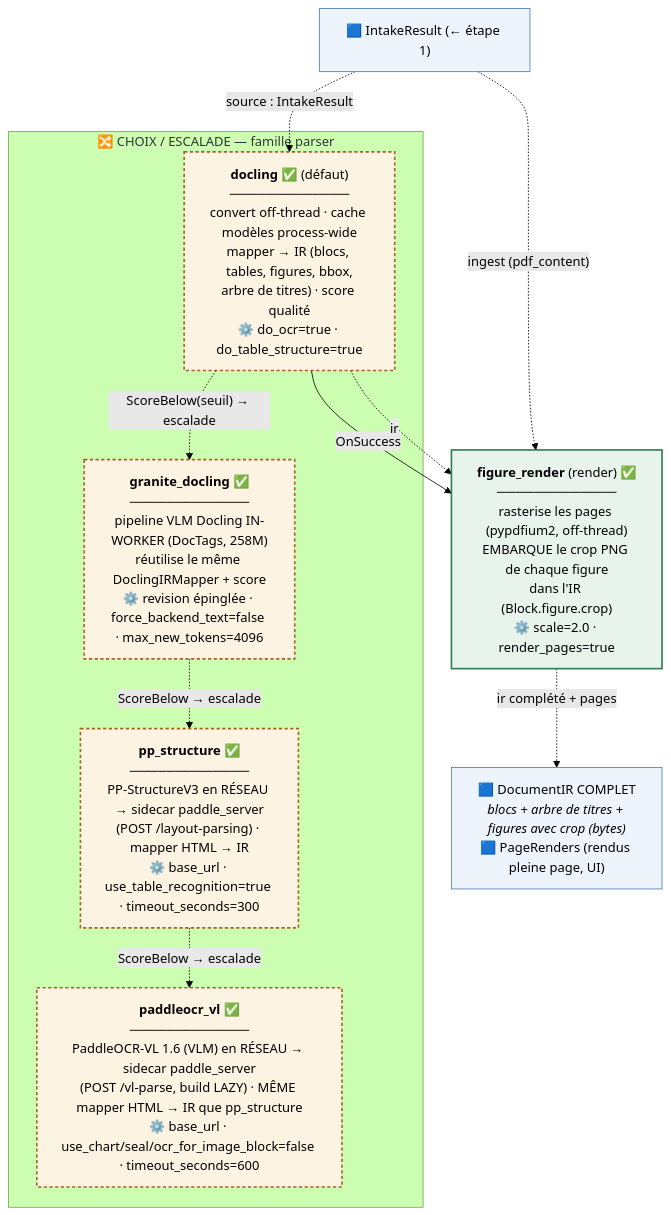
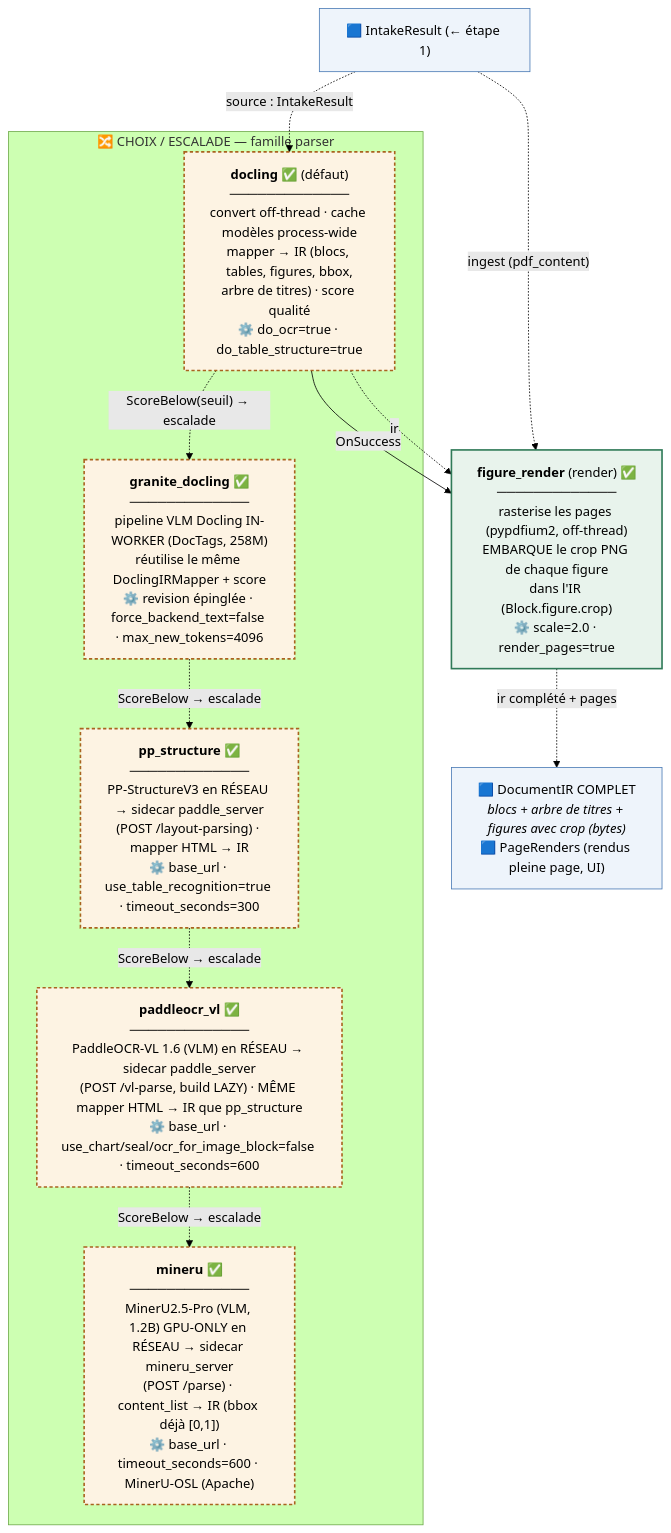
The third of 4 diagrams in src/docforge/PIPELINE.md (Florian-BARRE/DocForge), drawn with Mermaid (forest theme) before and after one commit. The commit also changed other lines of this file and 41 other files, not shown here.

First line of the commit message:
feat(parser): add MinerU2.5-Pro brick (GPU-only VLM sidecar, off-by-default)

````diff
--- a/src/docforge/PIPELINE.md
+++ b/src/docforge/PIPELINE.md
@@ -154,28 +154,30 @@
 ```mermaid
 flowchart TB
     classDef artefact fill:#eef4fb,stroke:#4a7ab5,stroke-width:1px
     classDef node fill:#e8f3ec,stroke:#2f7a58,stroke-width:2px
     classDef choice fill:#fdf3e3,stroke:#a9631f,stroke-width:2px,stroke-dasharray: 4 3
 
     IN["🟦 IntakeResult (← étape 1)"]:::artefact
 
     subgraph PARS["🔀 CHOIX / ESCALADE — famille parser"]
         DOC["<b>docling</b> ✅ (défaut)<br/>─────────────<br/>convert off-thread · cache modèles process-wide<br/>mapper → IR (blocs, tables, figures, bbox,<br/>arbre de titres) · score qualité<br/>⚙️ do_ocr=true · do_table_structure=true"]:::choice
         GRA["<b>granite_docling</b> ✅<br/>─────────────<br/>pipeline VLM Docling IN-WORKER (DocTags, 258M)<br/>réutilise le même DoclingIRMapper + score<br/>⚙️ revision épinglée · force_backend_text=false · max_new_tokens=4096"]:::choice
         PPS["<b>pp_structure</b> ✅<br/>─────────────<br/>PP-StructureV3 en RÉSEAU → sidecar paddle_server<br/>(POST /layout-parsing) · mapper HTML → IR<br/>⚙️ base_url · use_table_recognition=true · timeout_seconds=300"]:::choice
         VL["<b>paddleocr_vl</b> ✅<br/>─────────────<br/>PaddleOCR-VL 1.6 (VLM) en RÉSEAU → sidecar paddle_server<br/>(POST /vl-parse, build LAZY) · MÊME mapper HTML → IR que pp_structure<br/>⚙️ base_url · use_chart/seal/ocr_for_image_block=false · timeout_seconds=600"]:::choice
+        MIN["<b>mineru</b> ✅<br/>─────────────<br/>MinerU2.5-Pro (VLM, 1.2B) GPU-ONLY en RÉSEAU → sidecar mineru_server<br/>(POST /parse) · content_list → IR (bbox déjà [0,1])<br/>⚙️ base_url · timeout_seconds=600 · MinerU-OSL (Apache)"]:::choice
         DOC -. "ScoreBelow(seuil) → escalade" .-> GRA
         GRA -. "ScoreBelow → escalade" .-> PPS
         PPS -. "ScoreBelow → escalade" .-> VL
+        VL -. "ScoreBelow → escalade" .-> MIN
     end
 
     FR["<b>figure_render</b> (render) ✅<br/>─────────────<br/>rasterise les pages (pypdfium2, off-thread)<br/>EMBARQUE le crop PNG de chaque figure<br/>dans l'IR (Block.figure.crop)<br/>⚙️ scale=2.0 · render_pages=true"]:::node
 
     OUT2["🟦 DocumentIR COMPLET<br/><i>blocs + arbre de titres + figures avec crop (bytes)</i><br/>🟦 PageRenders (rendus pleine page, UI)"]:::artefact
 
     IN -.->|"source : IntakeResult"| DOC
     DOC -->|"OnSuccess"| FR
     DOC -.->|"ir"| FR
     IN -.->|"ingest (pdf_content)"| FR
     FR -.->|"ir complété + pages"| OUT2
 ```
````
